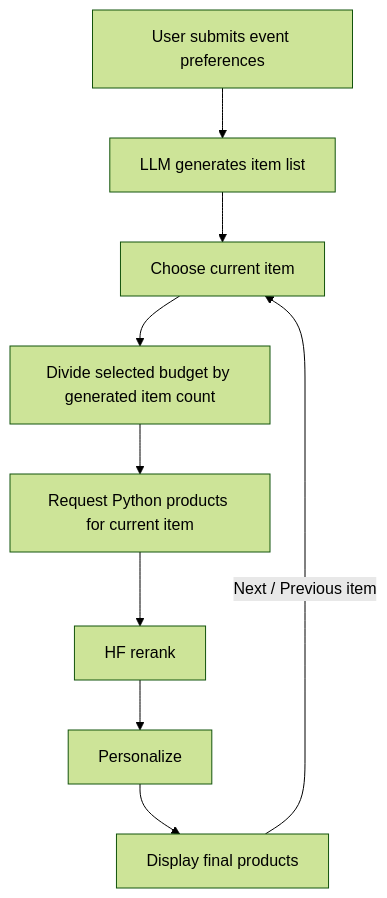
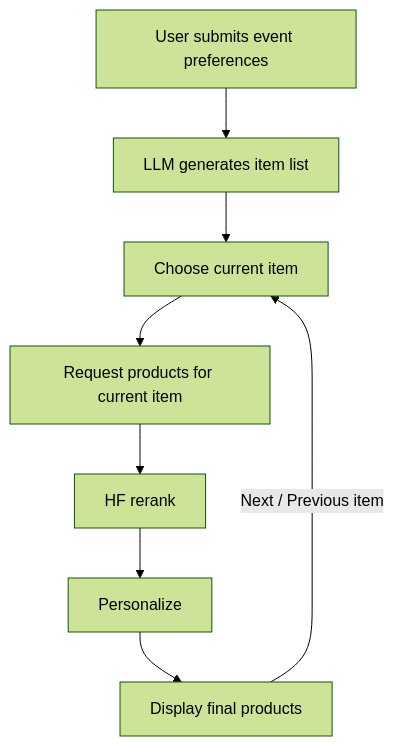
The fourth of 4 diagrams in README.md (GenieAI-Development/GenieAI-frontend), drawn with Mermaid (forest theme) before and after one commit. The commit also changed other lines of this file and 12 other files, not shown here.

````diff
--- a/README.md
+++ b/README.md
@@ -134,11 +140,10 @@
 ```mermaid
 flowchart TD
   A[User submits event preferences] --> B[LLM generates item list]
   B --> C[Choose current item]
-  C --> D[Divide selected budget by generated item count]
-  D --> E[Request Python products for current item]
+  C --> E[Request products for current item]
   E --> F[HF rerank]
   F --> G[Personalize]
   G --> H[Display final products]
   H -->|Next / Previous item| C
 ```
````
